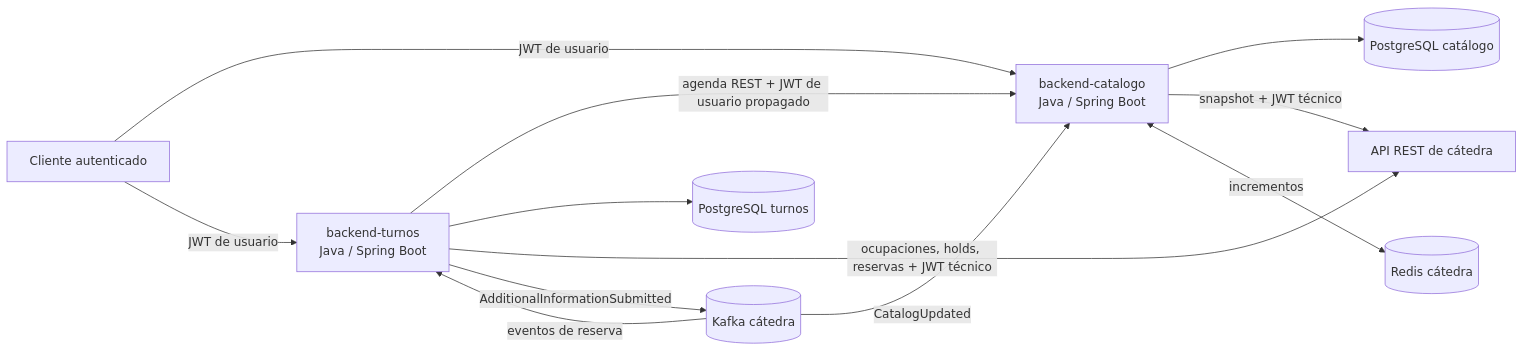
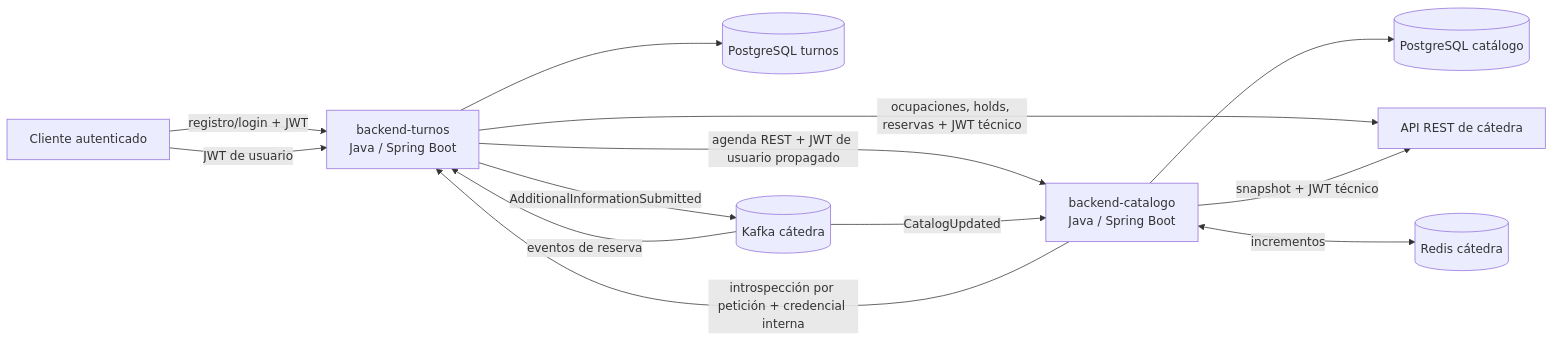
One commit to Eyudica-Prog2/backend-turnos changed the first of 2 diagrams in docs/ARCHITECTURE.md. Above: the diagram before and after it, drawn with Mermaid. The commit also changed other lines of this file and 2 other files, not shown here.

````diff
--- a/docs/ARCHITECTURE.md
+++ b/docs/ARCHITECTURE.md
@@ -5,23 +5,24 @@
 ```mermaid
 flowchart LR
     Client[Cliente autenticado]
     Cat[backend-catalogo\nJava / Spring Boot]
     CatDB[(PostgreSQL catálogo)]
     Turn[backend-turnos\nJava / Spring Boot]
     TurnDB[(PostgreSQL turnos)]
     Central[API REST de cátedra]
     Redis[(Redis cátedra)]
     Kafka[(Kafka cátedra)]
 
-    Client -->|JWT de usuario| Cat
+    Client -->|registro/login + JWT| Turn
     Client -->|JWT de usuario| Turn
     Turn -->|agenda REST + JWT de usuario propagado| Cat
+    Cat -->|introspección por petición + credencial interna| Turn
     Cat --> CatDB
     Turn --> TurnDB
     Turn -->|ocupaciones, holds, reservas + JWT técnico| Central
     Cat -->|snapshot + JWT técnico| Central
     Cat <-->|incrementos| Redis
     Kafka -->|CatalogUpdated| Cat
     Kafka -->|eventos de reserva| Turn
     Turn -->|AdditionalInformationSubmitted| Kafka
 ```
````
